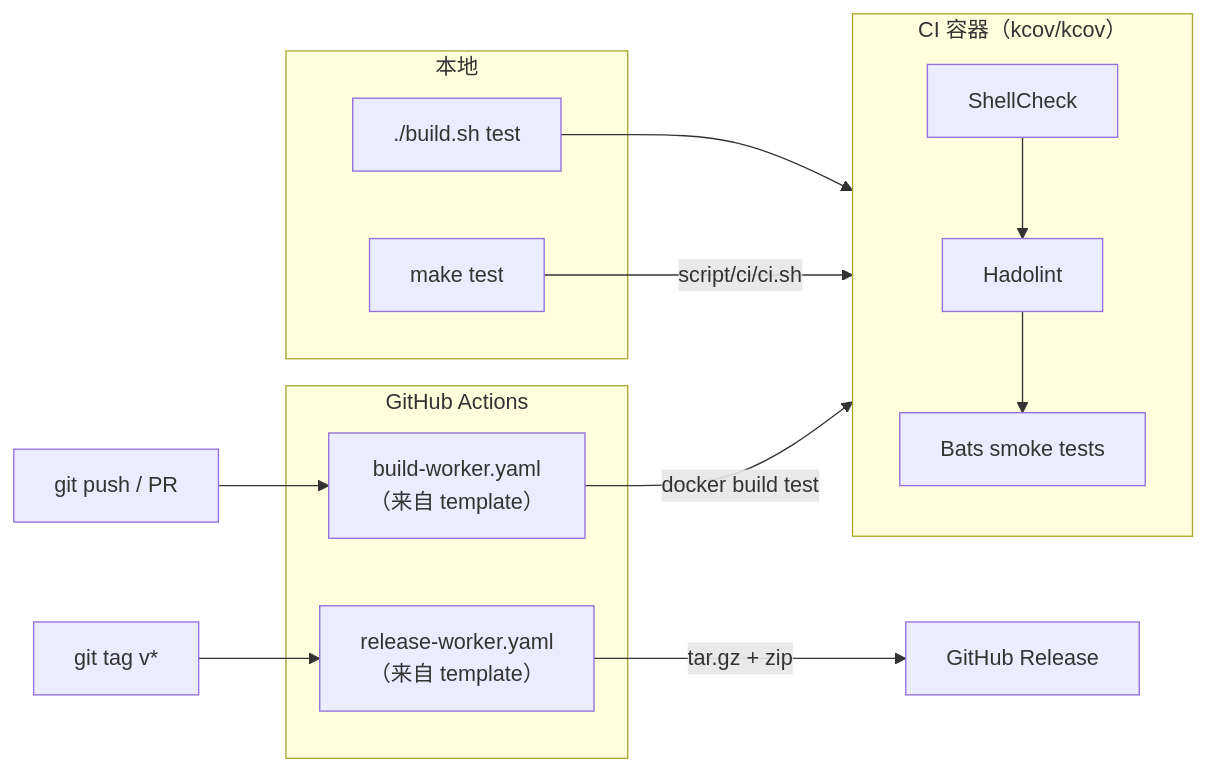
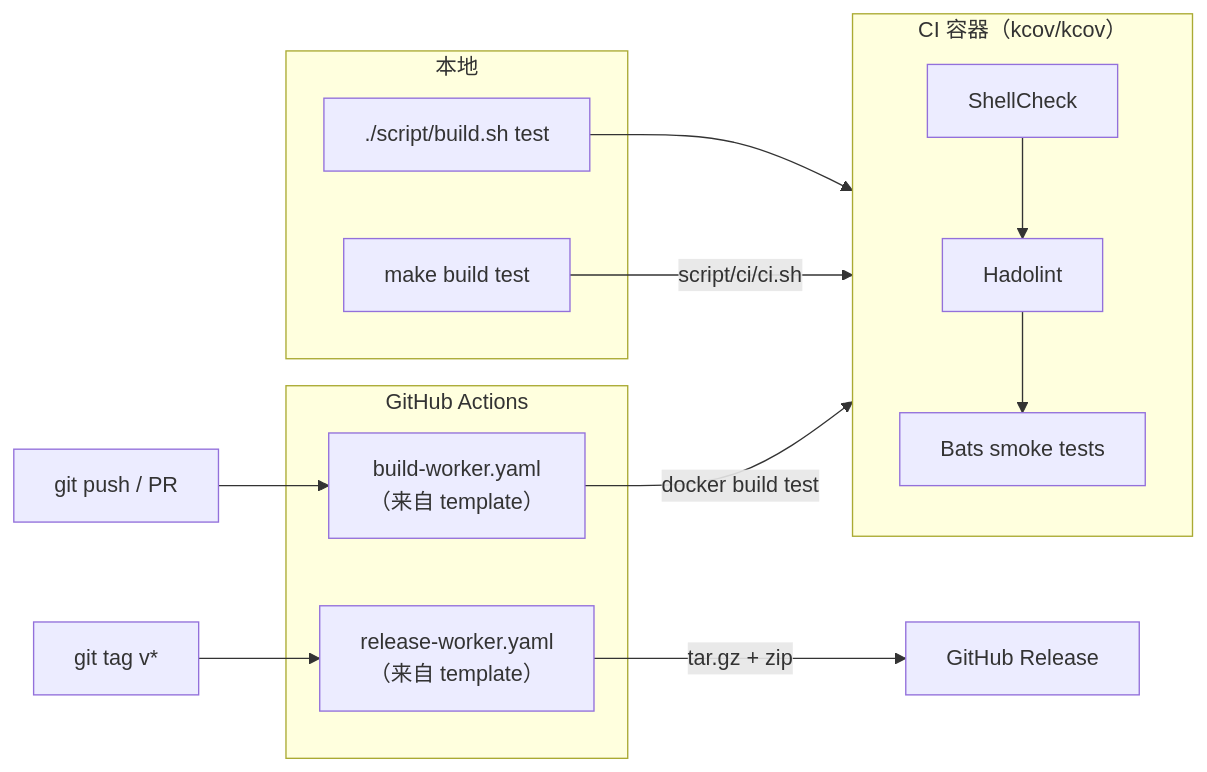
The second of 2 diagrams in doc/readme/README.zh-CN.md (ycpss91255-docker/base), drawn with Mermaid before and after one commit. The commit also changed other lines of this file and 19 other files, not shown here.

````diff
--- a/doc/readme/README.zh-CN.md
+++ b/doc/readme/README.zh-CN.md
@@ -81,27 +81,27 @@
 ```mermaid
 flowchart LR
     subgraph local["本地"]
-        build_test["./build.sh test"]
-        make_test["make test"]
+        build_test["./script/build.sh test"]
+        make_test["make build test"]
     end
 
     subgraph ci_container["CI 容器（kcov/kcov）"]
         shellcheck["ShellCheck"]
         hadolint["Hadolint"]
         bats["Bats smoke tests"]
     end
 
     subgraph github["GitHub Actions"]
         build_worker["build-worker.yaml<br/>（来自 template）"]
         release_worker["release-worker.yaml<br/>（来自 template）"]
     end
 
     build_test --> ci_container
     make_test -->|"script/ci/ci.sh"| ci_container
     shellcheck --> hadolint --> bats
 
     push["git push / PR"] --> build_worker
     build_worker -->|"docker build test"| ci_container
     tag["git tag v*"] --> release_worker
     release_worker -->|"tar.gz + zip"| release["GitHub Release"]
 ```
````
